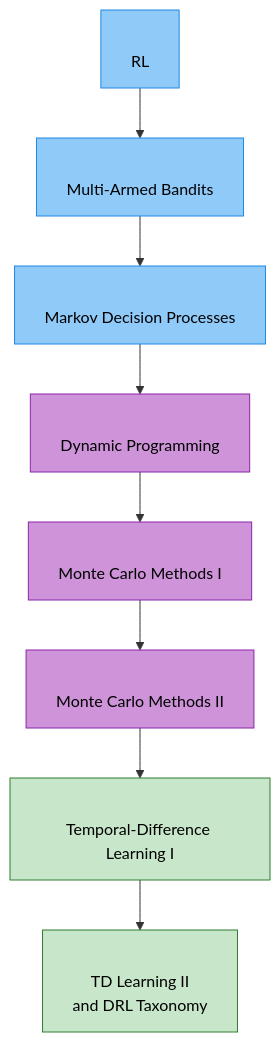
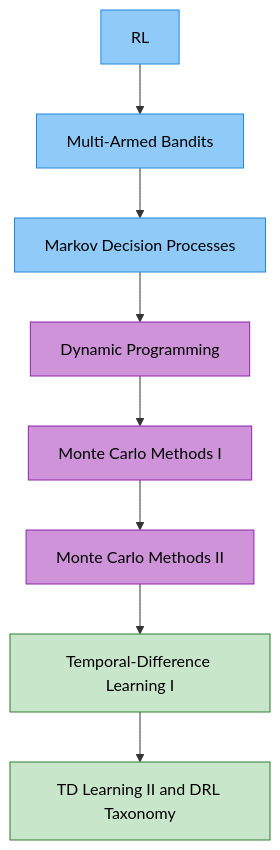
The first of 2 diagrams in content/docs/ai/deep-reinforcement-learning/_index.md (arshadhs/arshadhs.github.io), drawn with Mermaid before and after one commit.

Commit message:
DRL updated

```diff
--- a/content/docs/ai/deep-reinforcement-learning/_index.md
+++ b/content/docs/ai/deep-reinforcement-learning/_index.md
@@ -25,21 +25,21 @@
 {{< mermaid >}}
 flowchart TD
-A["<br/>RL"] --> B["<br/>Multi-Armed Bandits"]
-B --> C["<br/>Markov Decision Processes"]
-C --> D["<br/>Dynamic Programming"]
-D --> E["<br/>Monte Carlo Methods I"]
-E --> F["<br/>Monte Carlo Methods II"]
-F --> G["<br/>Temporal-Difference Learning I"]
-G --> H["<br/>TD Learning II<br/>and DRL Taxonomy"]
+A["RL"] --> B["Multi-Armed Bandits"]
+B --> C["Markov Decision Processes"]
+C --> D["Dynamic Programming"]
+D --> E["Monte Carlo Methods I"]
+E --> F["Monte Carlo Methods II"]
+F --> G["Temporal-Difference Learning I"]
+G --> H["TD Learning II and DRL Taxonomy"]
 
 style A fill:#90CAF9,stroke:#1E88E5,color:#000
 style B fill:#90CAF9,stroke:#1E88E5,color:#000
 style C fill:#90CAF9,stroke:#1E88E5,color:#000
 
 style D fill:#CE93D8,stroke:#8E24AA,color:#000
 style E fill:#CE93D8,stroke:#8E24AA,color:#000
 style F fill:#CE93D8,stroke:#8E24AA,color:#000
 
 style G fill:#C8E6C9,stroke:#2E7D32,color:#000
 style H fill:#C8E6C9,stroke:#2E7D32,color:#000
 {{< /mermaid >}}
```
